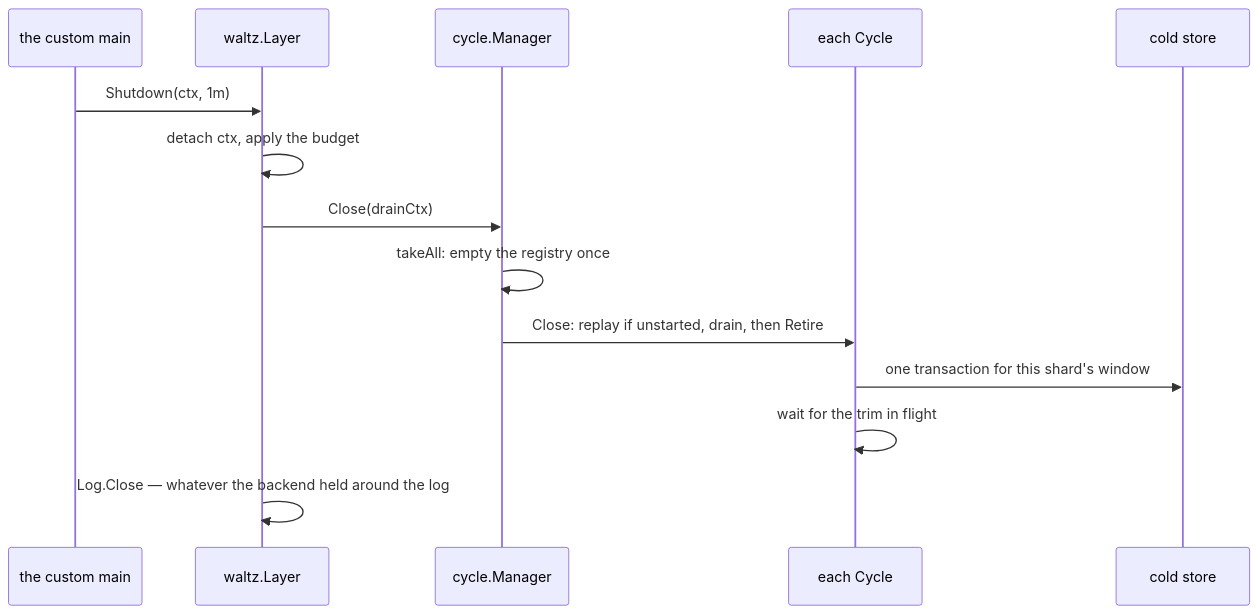
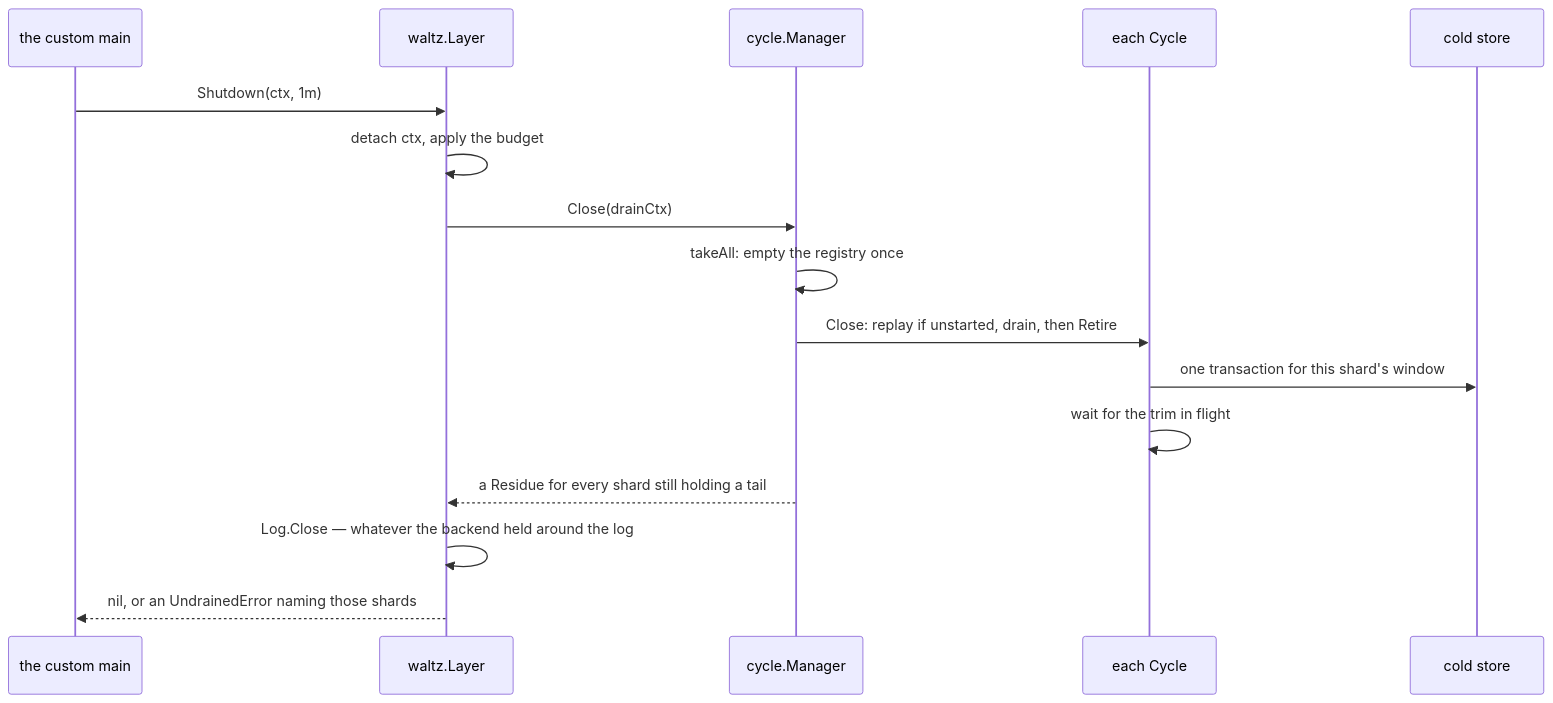
Before and after one commit to aromanovich/waltz: the fifth of 5 diagrams in docs/handbook/06-shard-lifecycle.md, drawn with Mermaid. The commit also changed other lines of this file and 29 other files, not shown here.

````diff
--- a/docs/handbook/06-shard-lifecycle.md
+++ b/docs/handbook/06-shard-lifecycle.md
@@ -505,16 +517,18 @@
 ```mermaid
 sequenceDiagram
     participant Main as the custom main
     participant L as waltz.Layer
     participant MG as cycle.Manager
     participant CY as each Cycle
     participant CS as cold store
     Main->>L: Shutdown(ctx, 1m)
     L->>L: detach ctx, apply the budget
     L->>MG: Close(drainCtx)
     MG->>MG: takeAll: empty the registry once
     MG->>CY: Close: replay if unstarted, drain, then Retire
     CY->>CS: one transaction for this shard's window
     CY->>CY: wait for the trim in flight
+    MG-->>L: a Residue for every shard still holding a tail
     L->>L: Log.Close — whatever the backend held around the log
+    L-->>Main: nil, or an UndrainedError naming those shards
 ```
````
